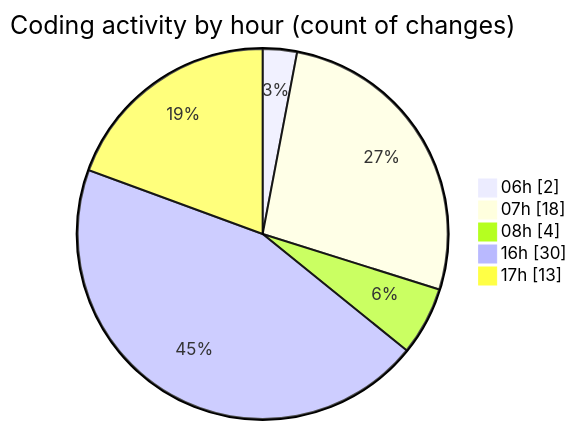
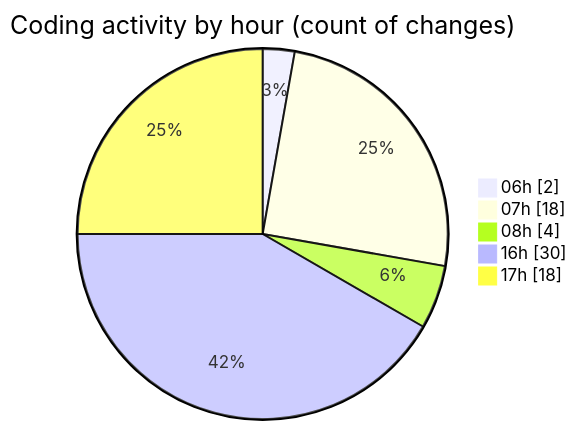
Before and after one commit to robertbonfada/code-tracking: the second of 2 diagrams in 2025-01-27/termonied-web/README.md, drawn with Mermaid. The commit also changed other lines of this file and 1 other file, not shown here.

````diff
--- a/2025-01-27/termonied-web/README.md
+++ b/2025-01-27/termonied-web/README.md
@@ -35,9 +37,9 @@
 ```mermaid
 pie showData
 title Coding activity by hour (count of changes)
 "06h" : 2
 "07h" : 18
 "08h" : 4
 "16h" : 30
-"17h" : 13
+"17h" : 18
 ```
````
